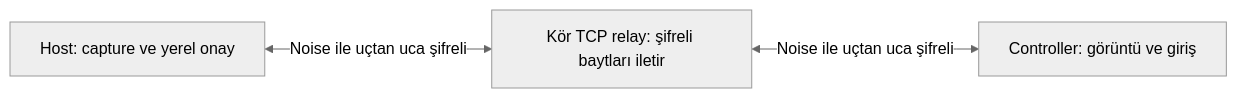
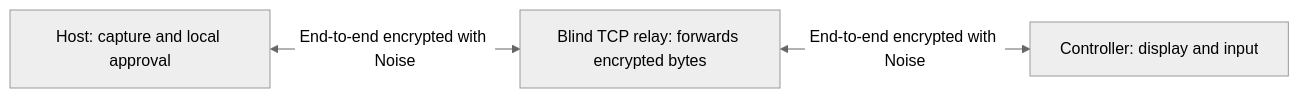
One commit to ilyasakkus/RustView changed the diagram in README.md. Above: the diagram before and after it, drawn with Mermaid (neutral theme). The commit also changed other lines of this file and 10 other files, not shown here.

````diff
--- a/README.md
+++ b/README.md
@@ -49,8 +55,8 @@
 ```mermaid
 flowchart LR
-    H["Host: capture ve yerel onay"]
-    R["Kör TCP relay: şifreli baytları iletir"]
-    C["Controller: görüntü ve giriş"]
-    H <-->|"Noise ile uçtan uca şifreli"| R
-    R <-->|"Noise ile uçtan uca şifreli"| C
+    H["Host: capture and local approval"]
+    R["Blind TCP relay: forwards encrypted bytes"]
+    C["Controller: display and input"]
+    H <-->|"End-to-end encrypted with Noise"| R
+    R <-->|"End-to-end encrypted with Noise"| C
 ```
````
